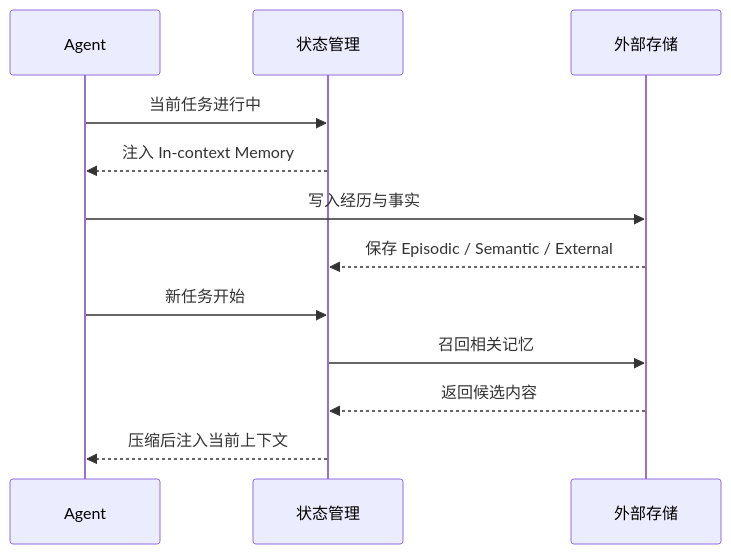
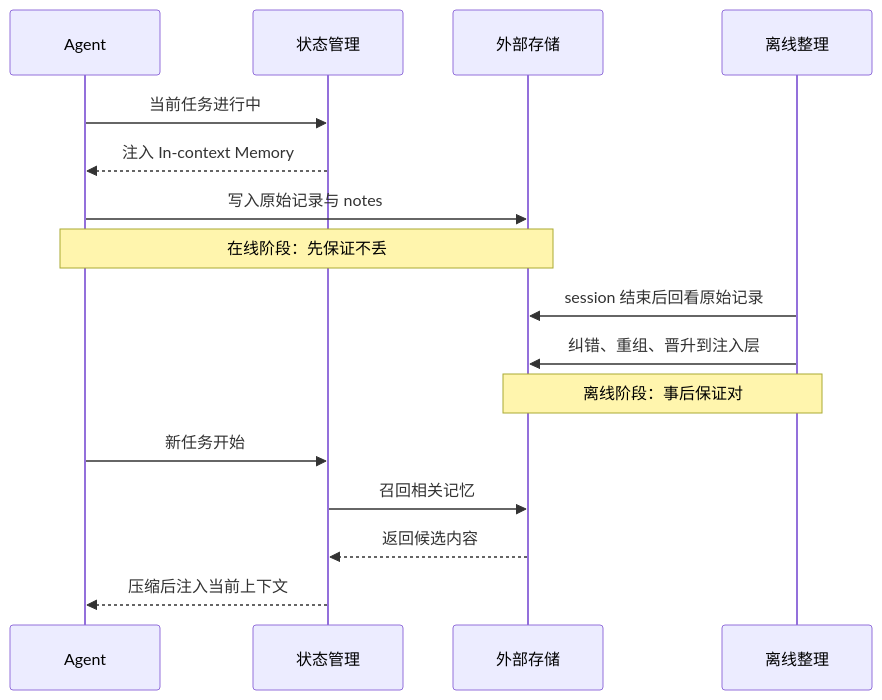
Before and after one commit to xiaoqianbaobao/ai-guide: the fourth of 4 diagrams in docs/03-memory/four-memory-types.md, drawn with Mermaid. The commit also changed other lines of this file and 1 other file, not shown here.

````diff
--- a/docs/03-memory/four-memory-types.md
+++ b/docs/03-memory/four-memory-types.md
@@ -249,15 +363,19 @@
 ```mermaid
 sequenceDiagram
     participant A as Agent
     participant S as 状态管理
     participant X as 外部存储
+    participant D as 离线整理
 
     A->>S: 当前任务进行中
     S-->>A: 注入 In-context Memory
-    A->>X: 写入经历与事实
-    X-->>S: 保存 Episodic / Semantic / External
+    A->>X: 写入原始记录与 notes
+    Note over A,X: 在线阶段：先保证不丢
+    D->>X: session 结束后回看原始记录
+    D->>X: 纠错、重组、晋升到注入层
+    Note over D,X: 离线阶段：事后保证对
     A->>S: 新任务开始
     S->>X: 召回相关记忆
     X-->>S: 返回候选内容
     S-->>A: 压缩后注入当前上下文
 ```
````
